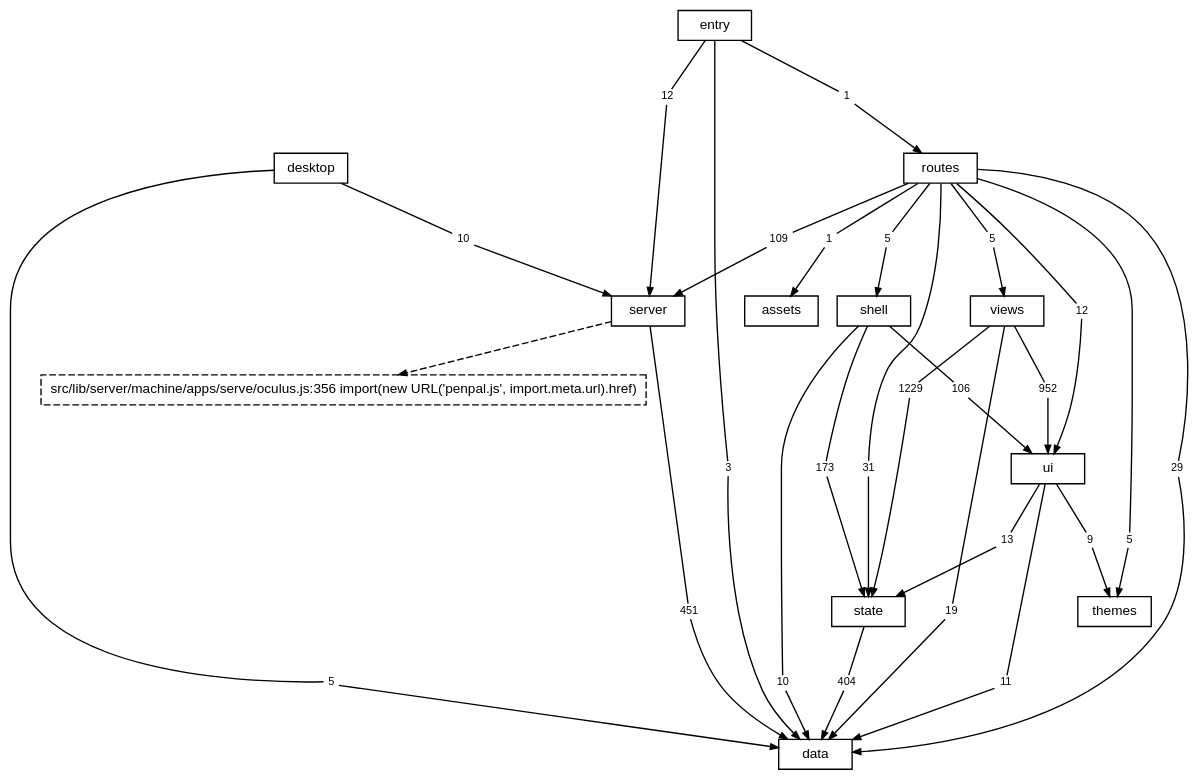
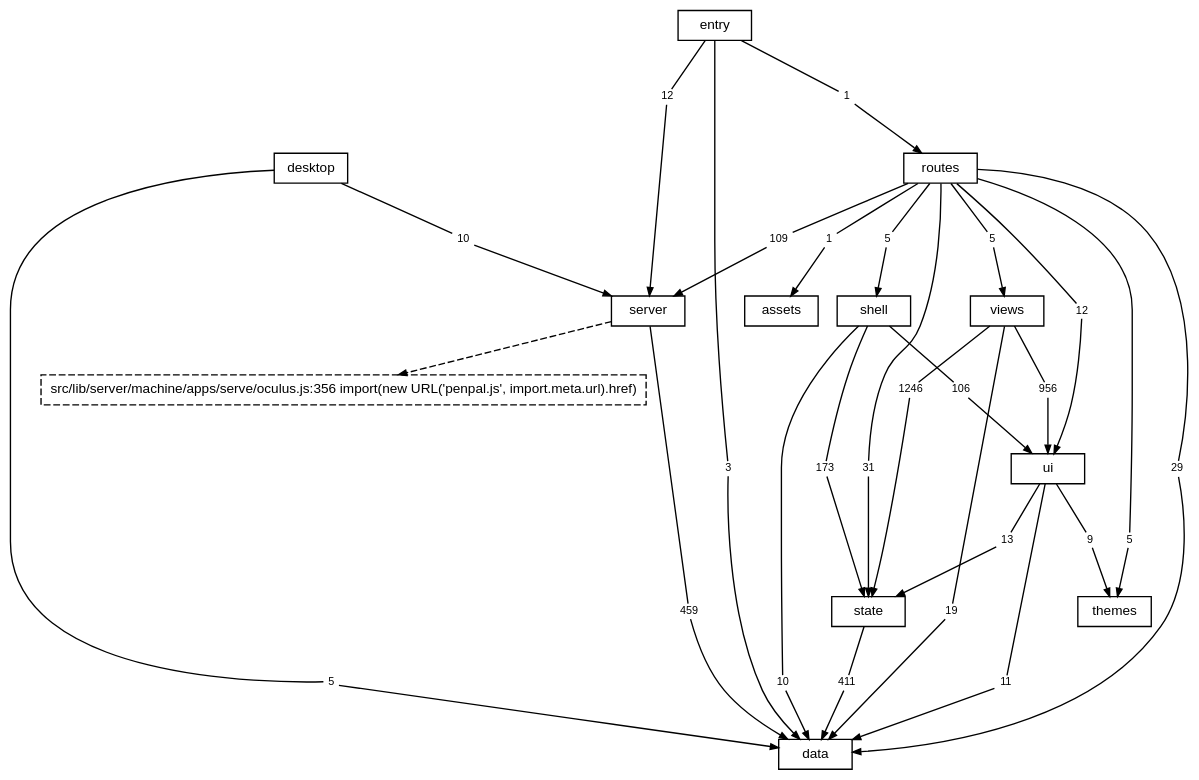
The diagram in docs/diagrams/layers.dot (TheAxeC/oculus), drawn with Graphviz before and after one commit. The commit also changed 192 other files, not shown here.

```diff
--- a/docs/diagrams/layers.dot
+++ b/docs/diagrams/layers.dot
@@ -1,90 +1,90 @@
 digraph layers {
     graph [bgcolor="transparent", rankdir=TB, newrank=true, fontname="Helvetica,Arial,sans-serif", fontsize=12, nodesep=0.2, ranksep=0.5];
     node [shape=box, color="black", fontcolor="black", fontname="Helvetica,Arial,sans-serif", fontsize=10, height=0.3, margin="0.12,0.04"];
     edge [color="black", fontcolor="black", fontname="Helvetica,Arial,sans-serif", fontsize=8, arrowsize=0.6];
     "data";
     "server";
     "state";
     "ui";
     "shell";
     "views";
     "themes";
     "routes";
     "desktop";
     "src" [label="entry"];
     "files: assets" [label="assets"];
     "? src/lib/server/machine/apps/serve/oculus.js:356" [label="src/lib/server/machine/apps/serve/oculus.js:356 import(new URL('penpal.js', import.meta.url).href)", style=dashed];
     "desktop to data" [label="5", shape=box, color="transparent", fontsize=8, width=0, height=0, margin="0.04,0.02"];
     "desktop" -> "desktop to data" [arrowhead=none];
     "desktop to data" -> "data" [];
     "desktop to server" [label="10", shape=box, color="transparent", fontsize=8, width=0, height=0, margin="0.04,0.02"];
     "desktop" -> "desktop to server" [arrowhead=none];
     "desktop to server" -> "server" [];
     "routes to data" [label="29", shape=box, color="transparent", fontsize=8, width=0, height=0, margin="0.04,0.02"];
     "routes" -> "routes to data" [arrowhead=none];
     "routes to data" -> "data" [];
     "routes to files: assets" [label="1", shape=box, color="transparent", fontsize=8, width=0, height=0, margin="0.04,0.02"];
     "routes" -> "routes to files: assets" [arrowhead=none];
     "routes to files: assets" -> "files: assets" [];
     "routes to server" [label="109", shape=box, color="transparent", fontsize=8, width=0, height=0, margin="0.04,0.02"];
     "routes" -> "routes to server" [arrowhead=none];
     "routes to server" -> "server" [];
     "routes to shell" [label="5", shape=box, color="transparent", fontsize=8, width=0, height=0, margin="0.04,0.02"];
     "routes" -> "routes to shell" [arrowhead=none];
     "routes to shell" -> "shell" [];
     "routes to state" [label="31", shape=box, color="transparent", fontsize=8, width=0, height=0, margin="0.04,0.02"];
     "routes" -> "routes to state" [arrowhead=none];
     "routes to state" -> "state" [];
     "routes to themes" [label="5", shape=box, color="transparent", fontsize=8, width=0, height=0, margin="0.04,0.02"];
     "routes" -> "routes to themes" [arrowhead=none];
     "routes to themes" -> "themes" [];
     "routes to ui" [label="12", shape=box, color="transparent", fontsize=8, width=0, height=0, margin="0.04,0.02"];
     "routes" -> "routes to ui" [arrowhead=none];
     "routes to ui" -> "ui" [];
     "routes to views" [label="5", shape=box, color="transparent", fontsize=8, width=0, height=0, margin="0.04,0.02"];
     "routes" -> "routes to views" [arrowhead=none];
     "routes to views" -> "views" [];
-    "server to data" [label="451", shape=box, color="transparent", fontsize=8, width=0, height=0, margin="0.04,0.02"];
+    "server to data" [label="459", shape=box, color="transparent", fontsize=8, width=0, height=0, margin="0.04,0.02"];
     "server" -> "server to data" [arrowhead=none];
     "server to data" -> "data" [];
     "shell to data" [label="10", shape=box, color="transparent", fontsize=8, width=0, height=0, margin="0.04,0.02"];
     "shell" -> "shell to data" [arrowhead=none];
     "shell to data" -> "data" [];
     "shell to state" [label="173", shape=box, color="transparent", fontsize=8, width=0, height=0, margin="0.04,0.02"];
     "shell" -> "shell to state" [arrowhead=none];
     "shell to state" -> "state" [];
     "shell to ui" [label="106", shape=box, color="transparent", fontsize=8, width=0, height=0, margin="0.04,0.02"];
     "shell" -> "shell to ui" [arrowhead=none];
     "shell to ui" -> "ui" [];
     "src to data" [label="3", shape=box, color="transparent", fontsize=8, width=0, height=0, margin="0.04,0.02"];
     "src" -> "src to data" [arrowhead=none];
     "src to data" -> "data" [];
     "src to routes" [label="1", shape=box, color="transparent", fontsize=8, width=0, height=0, margin="0.04,0.02"];
     "src" -> "src to routes" [arrowhead=none];
     "src to routes" -> "routes" [];
     "src to server" [label="12", shape=box, color="transparent", fontsize=8, width=0, height=0, margin="0.04,0.02"];
     "src" -> "src to server" [arrowhead=none];
     "src to server" -> "server" [];
-    "state to data" [label="404", shape=box, color="transparent", fontsize=8, width=0, height=0, margin="0.04,0.02"];
+    "state to data" [label="411", shape=box, color="transparent", fontsize=8, width=0, height=0, margin="0.04,0.02"];
     "state" -> "state to data" [arrowhead=none];
     "state to data" -> "data" [];
     "ui to data" [label="11", shape=box, color="transparent", fontsize=8, width=0, height=0, margin="0.04,0.02"];
     "ui" -> "ui to data" [arrowhead=none];
     "ui to data" -> "data" [];
     "ui to state" [label="13", shape=box, color="transparent", fontsize=8, width=0, height=0, margin="0.04,0.02"];
     "ui" -> "ui to state" [arrowhead=none];
     "ui to state" -> "state" [];
     "ui to themes" [label="9", shape=box, color="transparent", fontsize=8, width=0, height=0, margin="0.04,0.02"];
     "ui" -> "ui to themes" [arrowhead=none];
     "ui to themes" -> "themes" [];
     "views to data" [label="19", shape=box, color="transparent", fontsize=8, width=0, height=0, margin="0.04,0.02"];
     "views" -> "views to data" [arrowhead=none];
     "views to data" -> "data" [];
-    "views to state" [label="1229", shape=box, color="transparent", fontsize=8, width=0, height=0, margin="0.04,0.02"];
+    "views to state" [label="1246", shape=box, color="transparent", fontsize=8, width=0, height=0, margin="0.04,0.02"];
     "views" -> "views to state" [arrowhead=none];
     "views to state" -> "state" [];
-    "views to ui" [label="952", shape=box, color="transparent", fontsize=8, width=0, height=0, margin="0.04,0.02"];
+    "views to ui" [label="956", shape=box, color="transparent", fontsize=8, width=0, height=0, margin="0.04,0.02"];
     "views" -> "views to ui" [arrowhead=none];
     "views to ui" -> "ui" [];
     "server" -> "? src/lib/server/machine/apps/serve/oculus.js:356" [style=dashed];
 }
```
